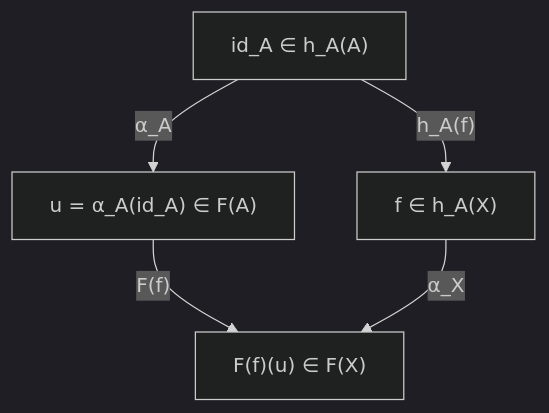
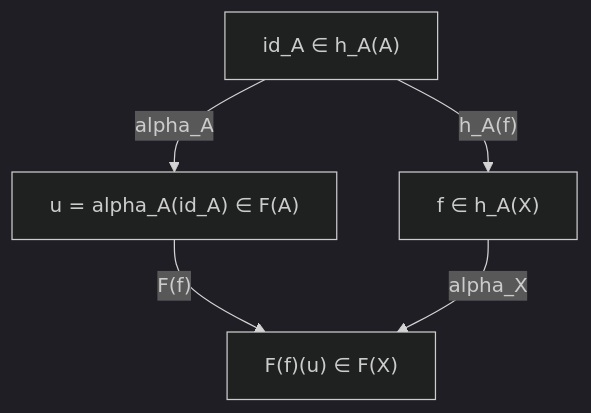
Before and after one commit to Phryxia/math-map: the diagram in docs/yoneda-lemma.md, drawn with Mermaid (dark theme). The commit also changed other lines of this file, not shown here.

First line of the commit message:
trim yoneda-lemma intuition to two paragraphs and ascii-ify mermaid labels

````diff
--- a/docs/yoneda-lemma.md
+++ b/docs/yoneda-lemma.md
@@ -23,7 +15,7 @@
 ```mermaid
 graph TD
-  I["id_A ∈ h_A(A)"] -->|"α_A"| U["u = α_A(id_A) ∈ F(A)"]
+  I["id_A ∈ h_A(A)"] -->|"alpha_A"| U["u = alpha_A(id_A) ∈ F(A)"]
   I -->|"h_A(f)"| F1["f ∈ h_A(X)"]
   U -->|"F(f)"| V["F(f)(u) ∈ F(X)"]
-  F1 -->|"α_X"| V
+  F1 -->|"alpha_X"| V
 ```
````
